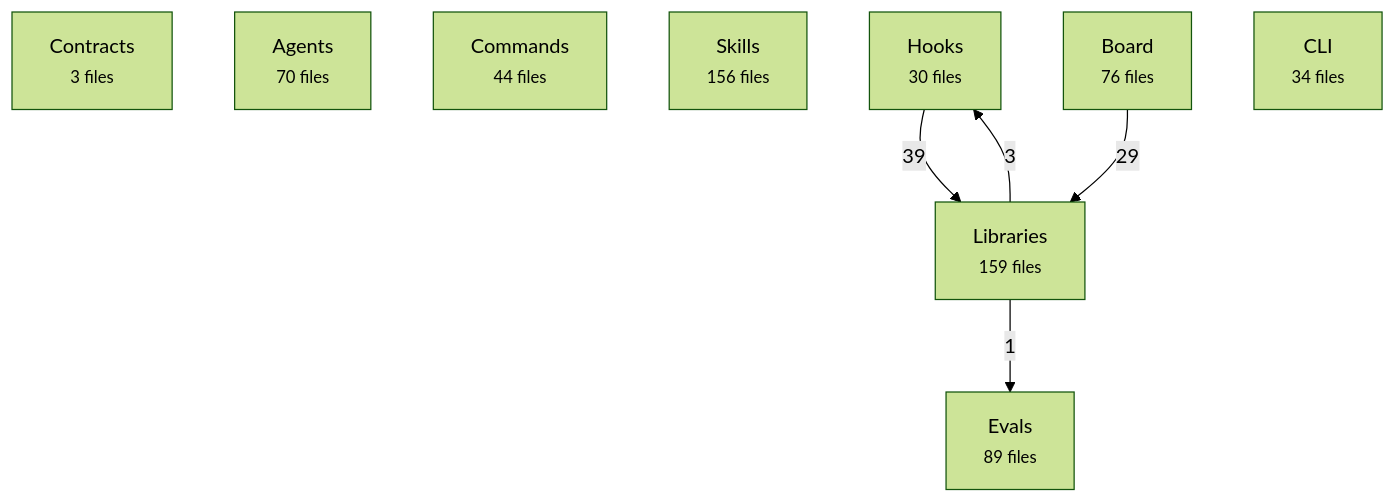
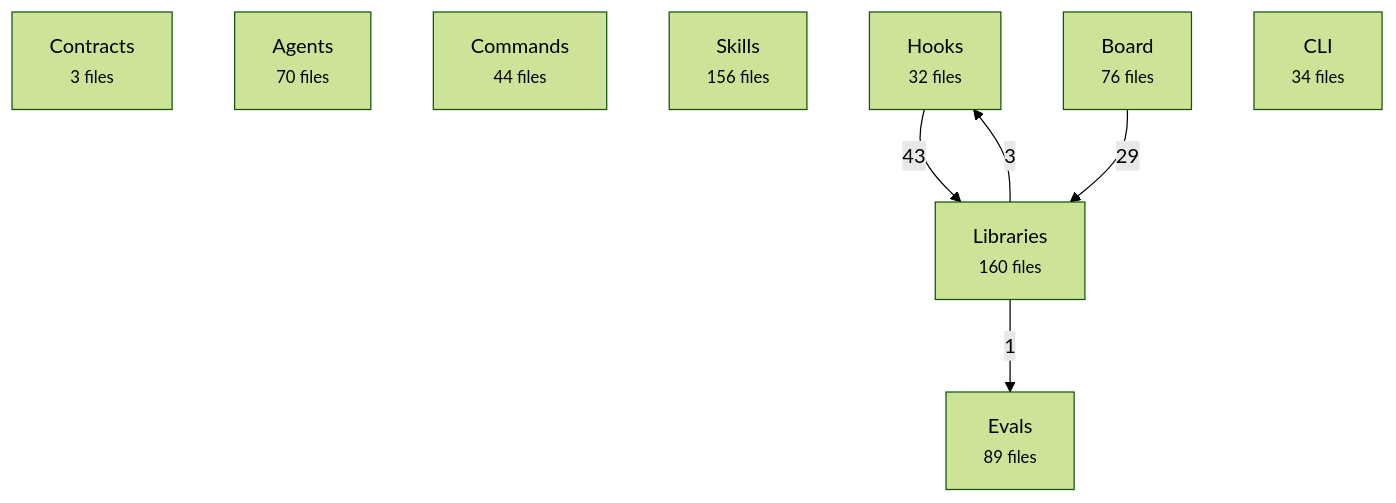
Before and after one commit to avelikiy/great_cto: the first of 2 diagrams in docs/reference/architecture-map.md, drawn with Mermaid (forest theme). The commit also changed other lines of this file and 9 other files, not shown here.

````diff
--- a/docs/reference/architecture-map.md
+++ b/docs/reference/architecture-map.md
@@ -20,16 +20,16 @@
 ```mermaid
 flowchart TD
   contracts["Contracts<br/><small>3 files</small>"]
   agents["Agents<br/><small>70 files</small>"]
   commands["Commands<br/><small>44 files</small>"]
   skills["Skills<br/><small>156 files</small>"]
-  hooks["Hooks<br/><small>30 files</small>"]
-  libs["Libraries<br/><small>159 files</small>"]
+  hooks["Hooks<br/><small>32 files</small>"]
+  libs["Libraries<br/><small>160 files</small>"]
   board["Board<br/><small>76 files</small>"]
   cli["CLI<br/><small>34 files</small>"]
   evals["Evals<br/><small>89 files</small>"]
-  hooks -->|39| libs
+  hooks -->|43| libs
   board -->|29| libs
   libs -->|3| hooks
   libs -->|1| evals
 ```
````
